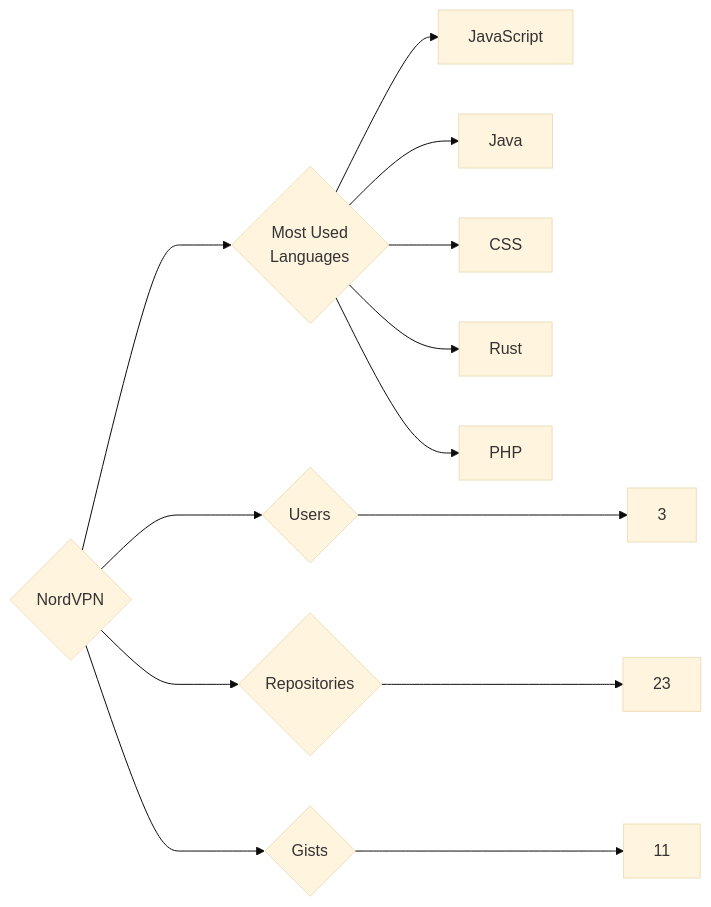
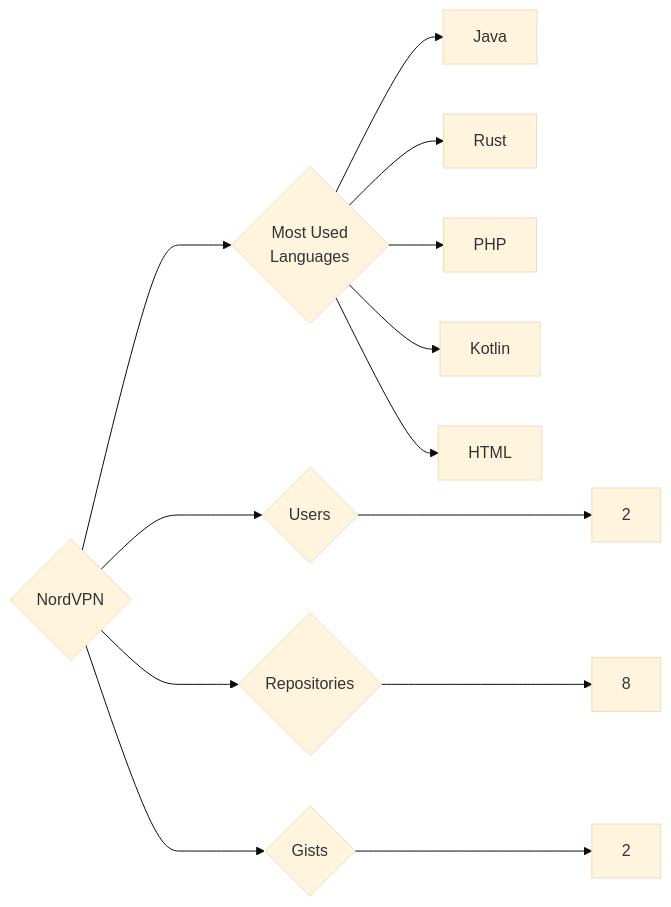
The diagram in targets/NordVPN/README.md (trickest/insiders), drawn with Mermaid (base theme) before and after one commit. The commit also changed 965 other files, not shown here.

````diff
--- a/targets/NordVPN/README.md
+++ b/targets/NordVPN/README.md
@@ -3,13 +3,13 @@
 ```mermaid
 graph LR
 COMPANY_NAME{NordVPN}
-COMPANY_NAME ---> U{Users} ---> UN[3]
-COMPANY_NAME ---> R{Repositories} ---> RN[23]
-COMPANY_NAME ---> G{Gists} ---> GN[11]
+COMPANY_NAME ---> U{Users} ---> UN[2]
+COMPANY_NAME ---> R{Repositories} ---> RN[8]
+COMPANY_NAME ---> G{Gists} ---> GN[2]
 COMPANY_NAME ---> ML{Most Used<br>Languages}
-ML --> JavaScript[JavaScript]
 ML --> Java[Java]
-ML --> CSS[CSS]
 ML --> Rust[Rust]
 ML --> PHP[PHP]
+ML --> Kotlin[Kotlin]
+ML --> HTML[HTML]
 ```
````
